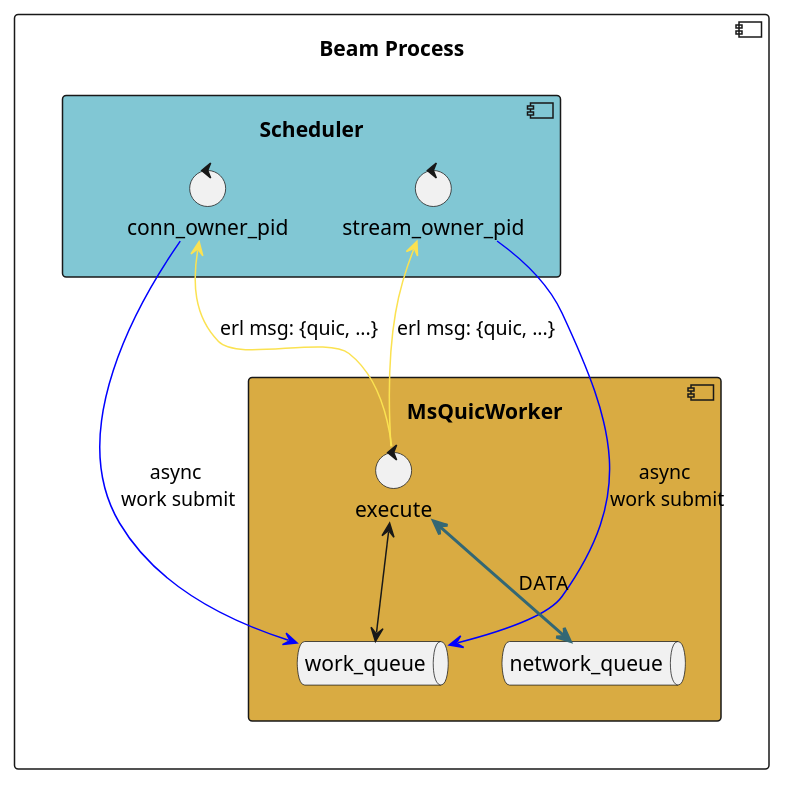
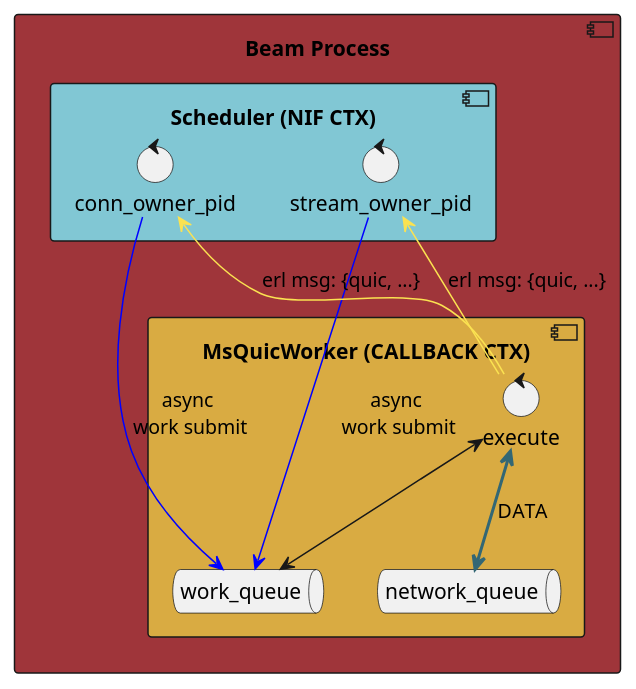
Before and after one commit to emqx/quic: the first of 2 diagrams in docs/interworking.org, drawn with PlantUML. The commit also changed other lines of this file and 1 other file, not shown here.

Commit message:
doc: change color

```diff
--- a/docs/interworking.org
+++ b/docs/interworking.org
@@ -3,27 +3,26 @@
 #+begin_src plantuml :file thread_models.png
 @startuml
-component "Beam Process" {
+component "Beam Process" #9F353A {
 
-   component "Scheduler" #81C7D4 {
+   component "Scheduler (NIF CTX)" #81C7D4 {
      control stream_owner_pid
      control conn_owner_pid
    }
 
-   component "MsQuicWorker" #D9AB42{
+   component "MsQuicWorker (CALLBACK CTX)" #D9AB42{
     queue work_queue
     queue network_queue
     control execute
    }
 }
 
-Scheduler -[hidden]> MsQuicWorker
 
 stream_owner_pid -down-> work_queue #blue: async \nwork submit
 execute -up-> stream_owner_pid #FBE251: "erl msg: {quic, ...}"
 execute <--> work_queue
 execute <==>  network_queue #336774: DATA
 
 conn_owner_pid -down-> work_queue #blue: async \nwork submit
 execute -up-> conn_owner_pid #FBE251: "erl msg: {quic, ...}"
 @enduml
 #+end_src
```
